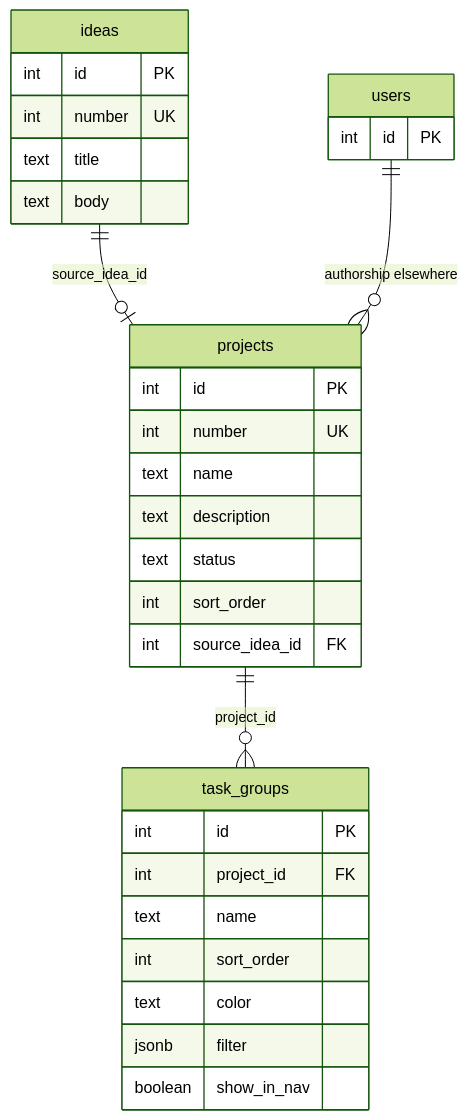
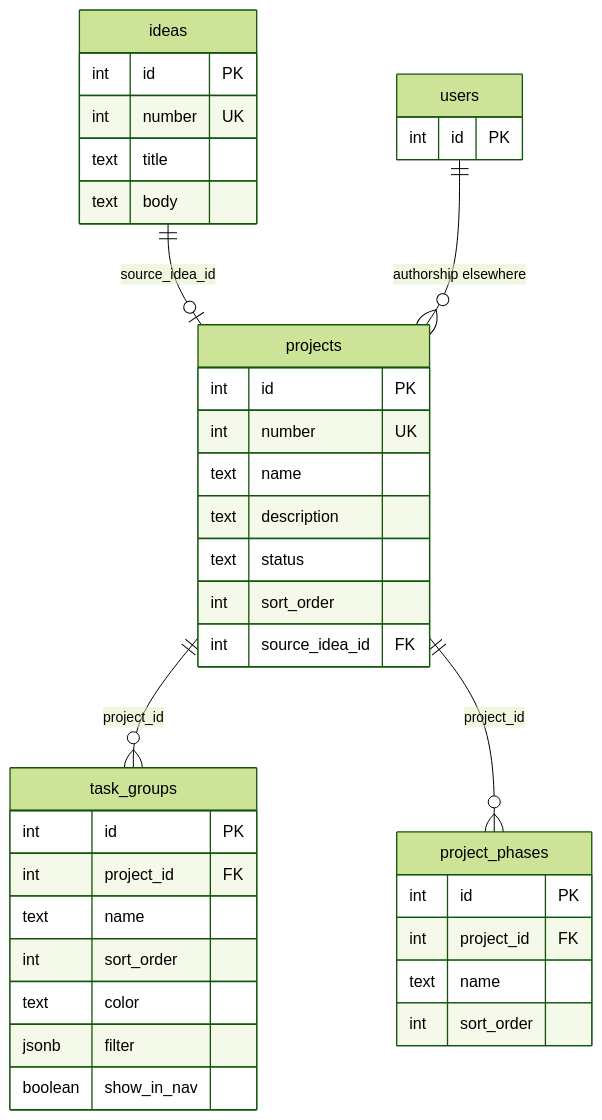
Before and after one commit to blackrook-io/taskmesh: the diagram in docs/database/projects-and-ideas.md, drawn with Mermaid (forest theme). The commit also changed other lines of this file and 29 other files, not shown here.

````diff
--- a/docs/database/projects-and-ideas.md
+++ b/docs/database/projects-and-ideas.md
@@ -9,33 +9,40 @@
 ```mermaid
 erDiagram
   ideas ||--o| projects : "source_idea_id"
   projects ||--o{ task_groups : "project_id"
+  projects ||--o{ project_phases : "project_id"
   users ||--o{ projects : "authorship elsewhere"
   ideas {
     int id PK
     int number UK
     text title
     text body
   }
   projects {
     int id PK
     int number UK
     text name
     text description
     text status
     int sort_order
     int source_idea_id FK
   }
   task_groups {
     int id PK
     int project_id FK
     text name
     int sort_order
     text color
     jsonb filter
     boolean show_in_nav
   }
+  project_phases {
+    int id PK
+    int project_id FK
+    text name
+    int sort_order
+  }
   users {
     int id PK
   }
 ```
````
